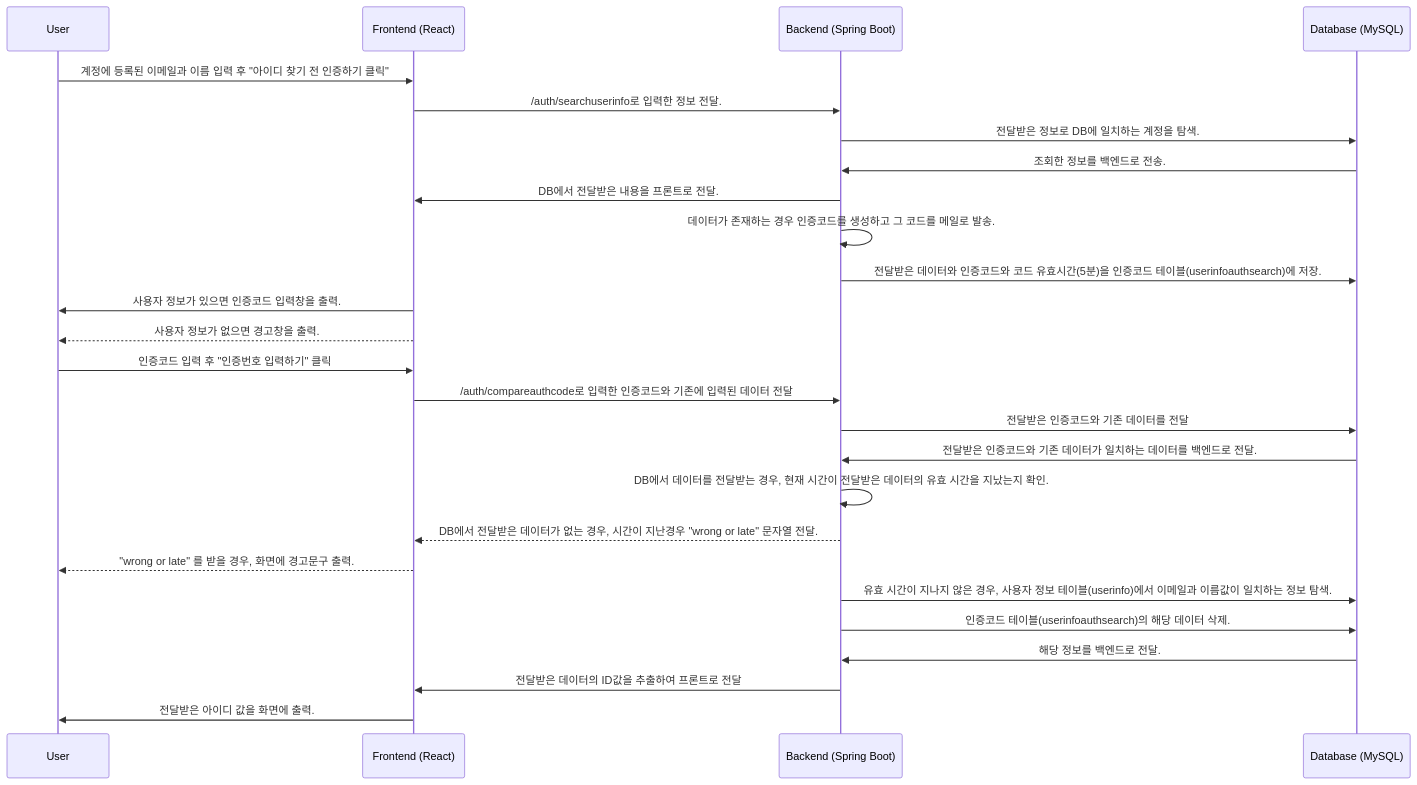
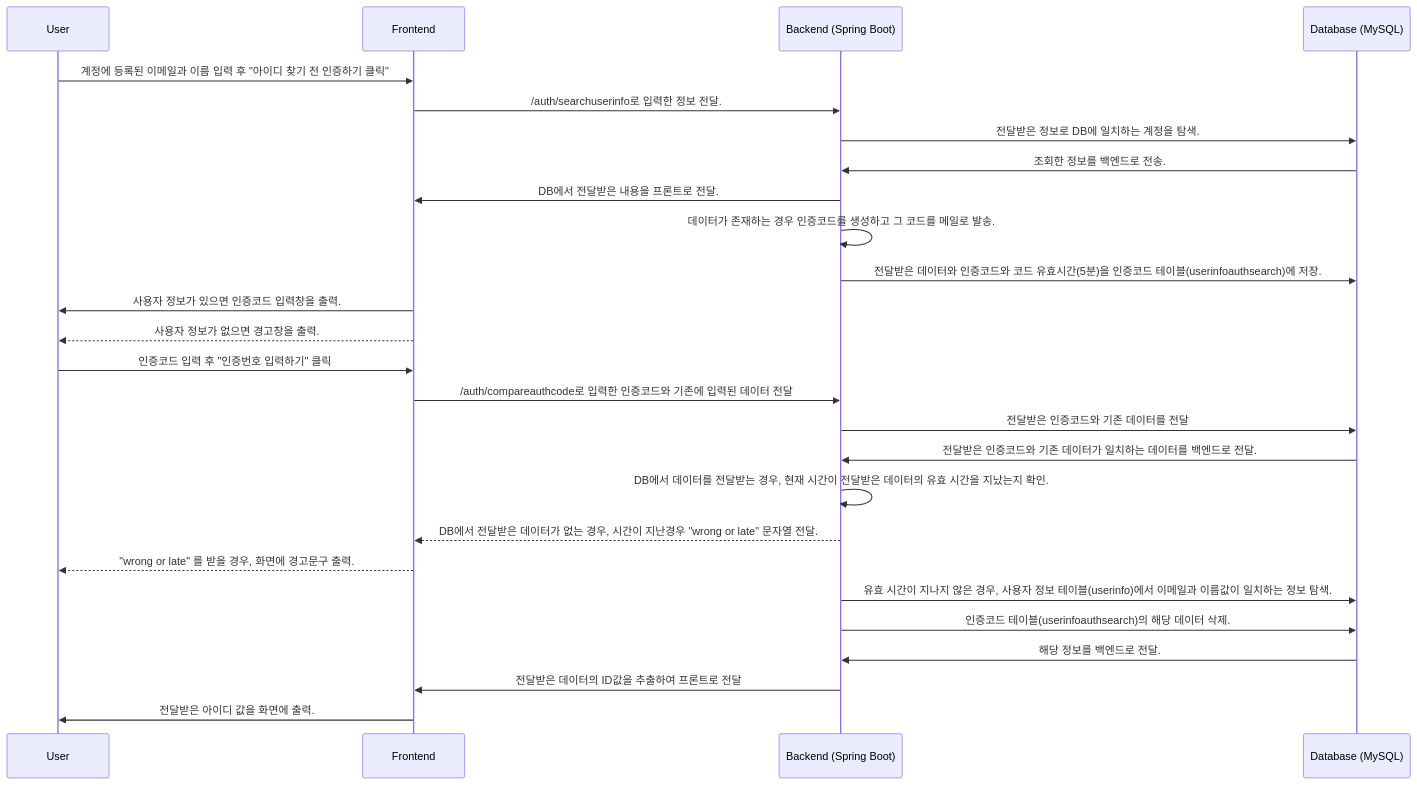
The third of 5 diagrams in bicycle-app/frontend/Auth.md (SUNGJISUCK95/teamproject), drawn with Mermaid before and after one commit. The commit also changed other lines of this file, not shown here.

````diff
--- a/bicycle-app/frontend/Auth.md
+++ b/bicycle-app/frontend/Auth.md
@@ -44,29 +45,29 @@
 ```mermaid
 sequenceDiagram
     participant User
-    participant Frontend as Frontend (React)
+    participant Frontend as Frontend
     participant Backend as Backend (Spring Boot)
     participant DB as Database (MySQL)
 %% 3-1. 아이디 찾기
     User->>Frontend: 계정에 등록된 이메일과 이름 입력 후 "아이디 찾기 전 인증하기 클릭"
     Frontend->>Backend: /auth/searchuserinfo로 입력한 정보 전달.
     Backend->>DB: 전달받은 정보로 DB에 일치하는 계정을 탐색.
     DB->>Backend: 조회한 정보를 백엔드로 전송.
     Backend->>Frontend: DB에서 전달받은 내용을 프론트로 전달.
     Backend->>Backend: 데이터가 존재하는 경우 인증코드를 생성하고 그 코드를 메일로 발송.
     Backend->>DB: 전달받은 데이터와 인증코드와 코드 유효시간(5분)을 인증코드 테이블(userinfoauthsearch)에 저장. 
     Frontend->>User : 사용자 정보가 있으면 인증코드 입력창을 출력.
     Frontend-->>User : 사용자 정보가 없으면 경고창을 출력.
     User->>Frontend: 인증코드 입력 후 "인증번호 입력하기" 클릭
     Frontend->>Backend: /auth/compareauthcode로 입력한 인증코드와 기존에 입력된 데이터 전달
     Backend->>DB: 전달받은 인증코드와 기존 데이터를 전달
     DB->>Backend : 전달받은 인증코드와 기존 데이터가 일치하는 데이터를 백엔드로 전달.
     Backend->>Backend: DB에서 데이터를 전달받는 경우, 현재 시간이 전달받은 데이터의 유효 시간을 지났는지 확인.
     Backend-->>Frontend: DB에서 전달받은 데이터가 없는 경우, 시간이 지난경우 "wrong or late" 문자열 전달.
     Frontend-->>User: "wrong or late" 를 받을 경우, 화면에 경고문구 출력.
     Backend->>DB:유효 시간이 지나지 않은 경우, 사용자 정보 테이블(userinfo)에서 이메일과 이름값이 일치하는 정보 탐색.
     Backend->>DB:인증코드 테이블(userinfoauthsearch)의 해당 데이터 삭제.
     DB->>Backend : 해당 정보를 백엔드로 전달.
     Backend->>Frontend: 전달받은 데이터의 ID값을 추출하여 프론트로 전달
     Frontend->>User: 전달받은 아이디 값을 화면에 출력. 
 ```
````
